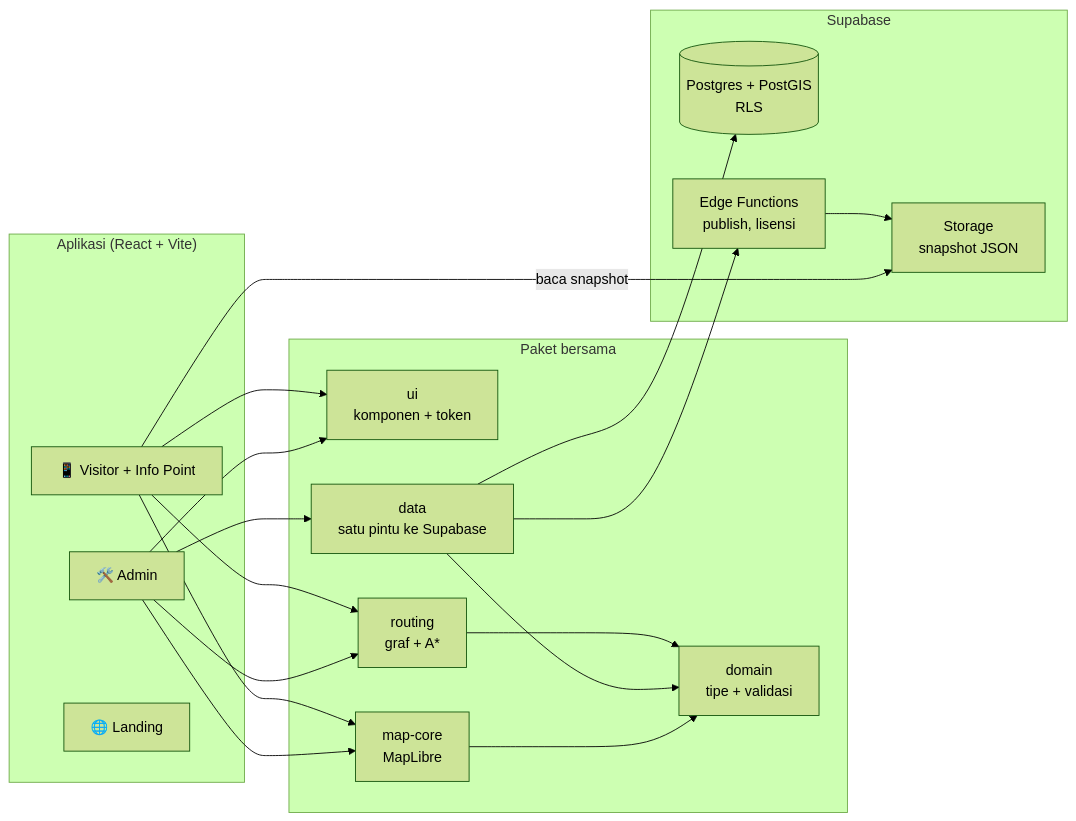
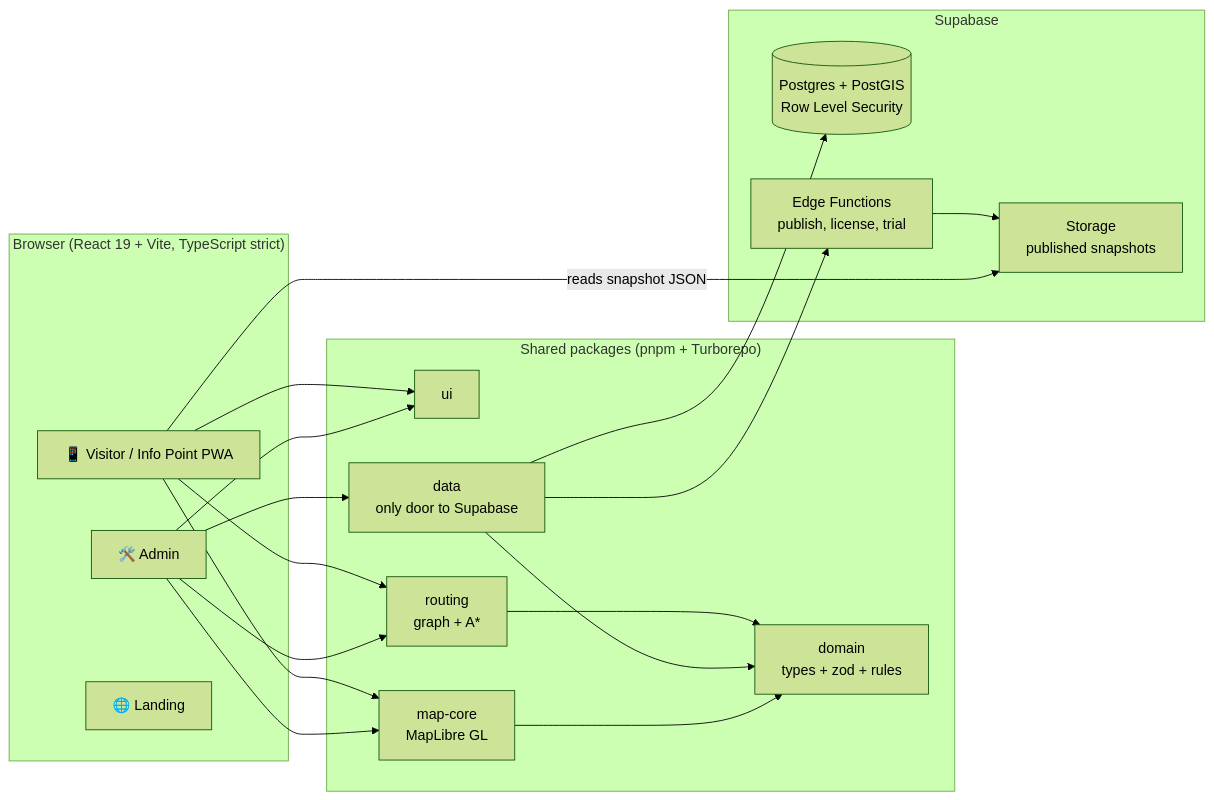
One commit to devaldicaliesta/indoor-map changed the diagram in README.md. Above: the diagram before and after it, drawn with Mermaid (forest theme). The commit also changed other lines of this file and 5 other files, not shown here.

````diff
--- a/README.md
+++ b/README.md
@@ -68,29 +75,29 @@
 ```mermaid
 flowchart LR
-    subgraph Apps["Aplikasi (React + Vite)"]
+    subgraph Browser["Browser (React 19 + Vite, TypeScript strict)"]
         A[🛠️ Admin]
-        V[📱 Visitor + Info Point]
+        V[📱 Visitor / Info Point PWA]
         L[🌐 Landing]
     end
 
-    subgraph Pkg["Paket bersama"]
-        UI[ui<br/>komponen + token]
-        MC[map-core<br/>MapLibre]
-        D[data<br/>satu pintu ke Supabase]
-        R[routing<br/>graf + A*]
-        DM[domain<br/>tipe + validasi]
+    subgraph Pkg["Shared packages (pnpm + Turborepo)"]
+        UI[ui]
+        MC[map-core<br/>MapLibre GL]
+        D[data<br/>only door to Supabase]
+        R[routing<br/>graph + A*]
+        DM[domain<br/>types + zod + rules]
     end
 
     subgraph SB["Supabase"]
-        PG[(Postgres + PostGIS<br/>RLS)]
-        ST[Storage<br/>snapshot JSON]
-        EF[Edge Functions<br/>publish, lisensi]
+        PG[(Postgres + PostGIS<br/>Row Level Security)]
+        ST[Storage<br/>published snapshots]
+        EF[Edge Functions<br/>publish, license, trial]
     end
 
     A --> UI & MC & D & R
     V --> UI & MC & R
-    V -- baca snapshot --> ST
+    V -- reads snapshot JSON --> ST
     D --> PG & EF
     MC & D & R --> DM
     EF --> ST
 ```
````
